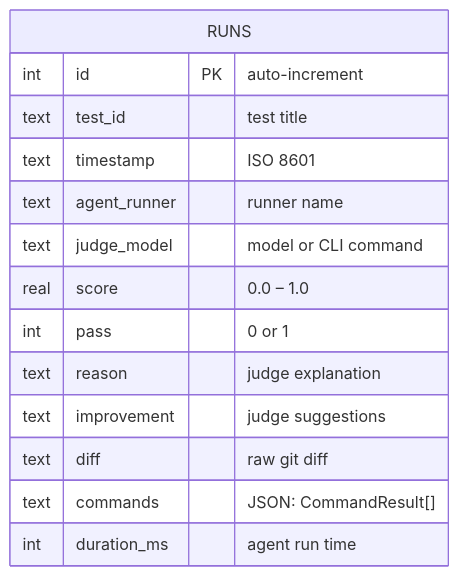
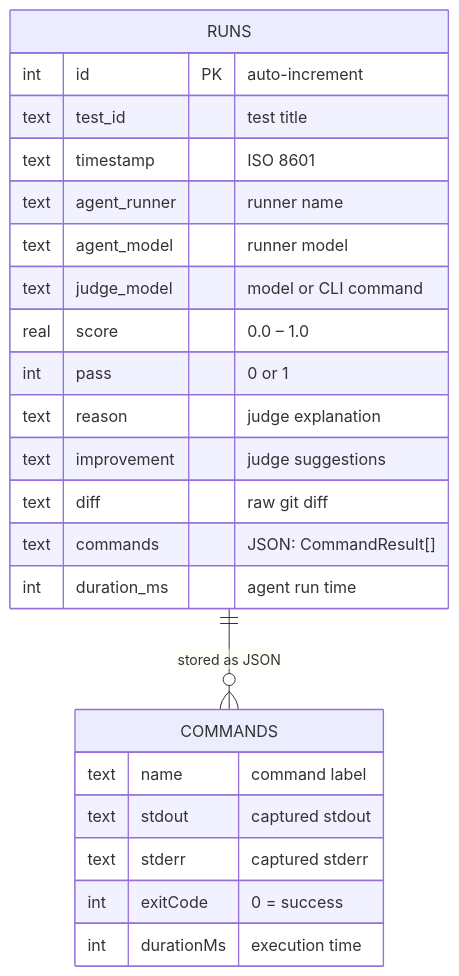
The fifth of 5 diagrams in apps/docs/guide/architecture.md (Tlahey/agent-eval), drawn with Mermaid before and after one commit. The commit also changed other lines of this file and 16 other files, not shown here.

First line of the commit message:
docs: comprehensive documentation overhaul with Mermaid diagrams

````diff
--- a/apps/docs/guide/architecture.md
+++ b/apps/docs/guide/architecture.md
@@ -192,17 +227,27 @@
 ```mermaid
 erDiagram
     RUNS {
         int id PK "auto-increment"
         text test_id "test title"
         text timestamp "ISO 8601"
         text agent_runner "runner name"
+        text agent_model "runner model"
         text judge_model "model or CLI command"
         real score "0.0 – 1.0"
         int pass "0 or 1"
         text reason "judge explanation"
         text improvement "judge suggestions"
         text diff "raw git diff"
         text commands "JSON: CommandResult[]"
         int duration_ms "agent run time"
     }
+
+    RUNS ||--o{ COMMANDS : "stored as JSON"
+    COMMANDS {
+        text name "command label"
+        text stdout "captured stdout"
+        text stderr "captured stderr"
+        int exitCode "0 = success"
+        int durationMs "execution time"
+    }
 ```
````
